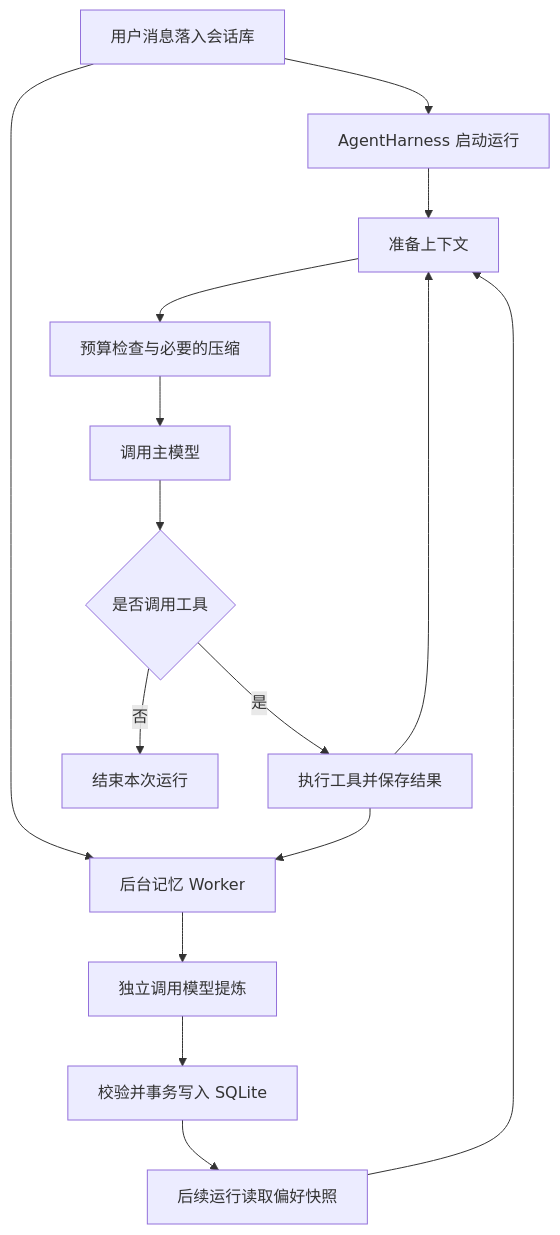
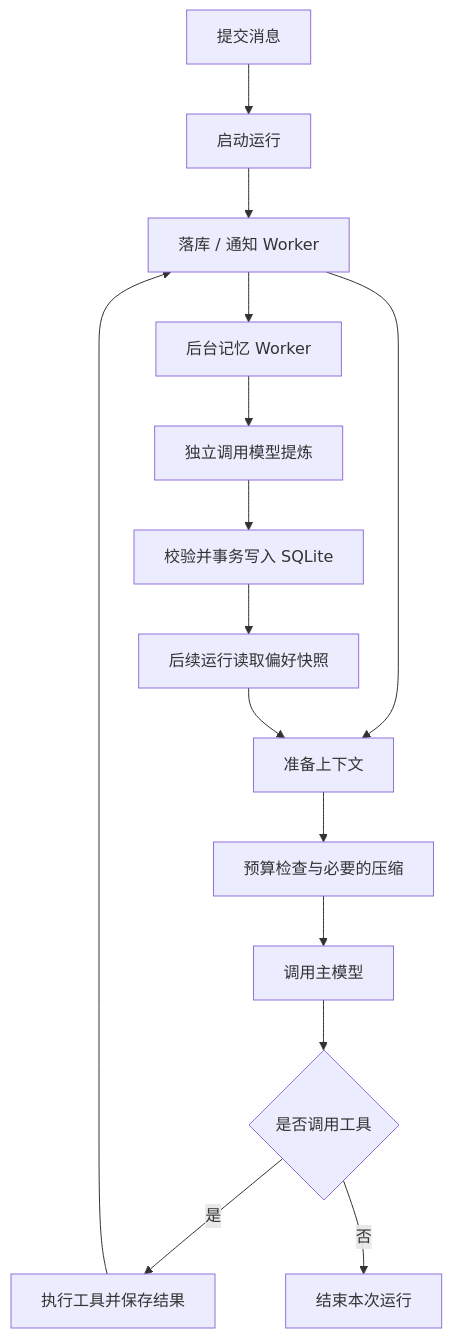
One commit to NelxJoe306/Octo-agent changed the second of 3 diagrams in README.md. Above: the diagram before and after it, drawn with Mermaid. The commit also changed other lines of this file, not shown here.

Commit message:
docs: 修正请求时序、恢复路径和事件命名，并去掉 Tau 表述

````diff
--- a/README.md
+++ b/README.md
@@ -60,18 +60,18 @@
 ```mermaid
 flowchart TD
-    A[用户消息落入会话库] --> B[AgentHarness 启动运行]
-    B --> C[准备上下文]
+    A[提交消息] --> B[启动运行]
+    B --> P[落库 / 通知 Worker]
+    P --> C[准备上下文]
     C --> D[预算检查与必要的压缩]
     D --> E[调用主模型]
     E --> F{是否调用工具}
     F -->|是| G[执行工具并保存结果]
-    G --> C
+    G --> P
     F -->|否| H[结束本次运行]
 
-    A --> I[后台记忆 Worker]
-    G --> I
+    P --> I[后台记忆 Worker]
     I --> J[独立调用模型提炼]
     J --> K[校验并事务写入 SQLite]
     K --> L[后续运行读取偏好快照]
     L --> C
 ```
````
